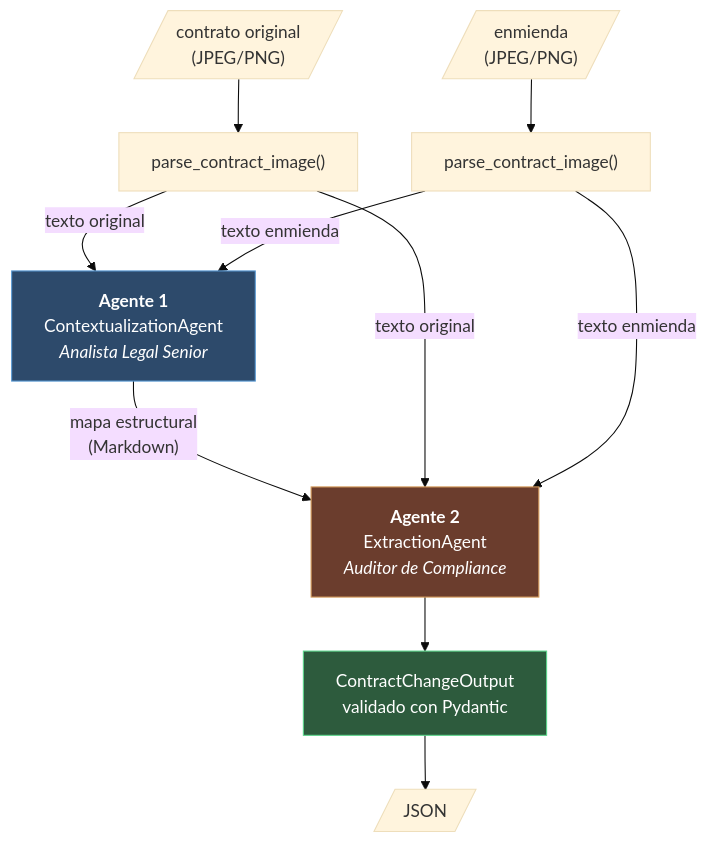
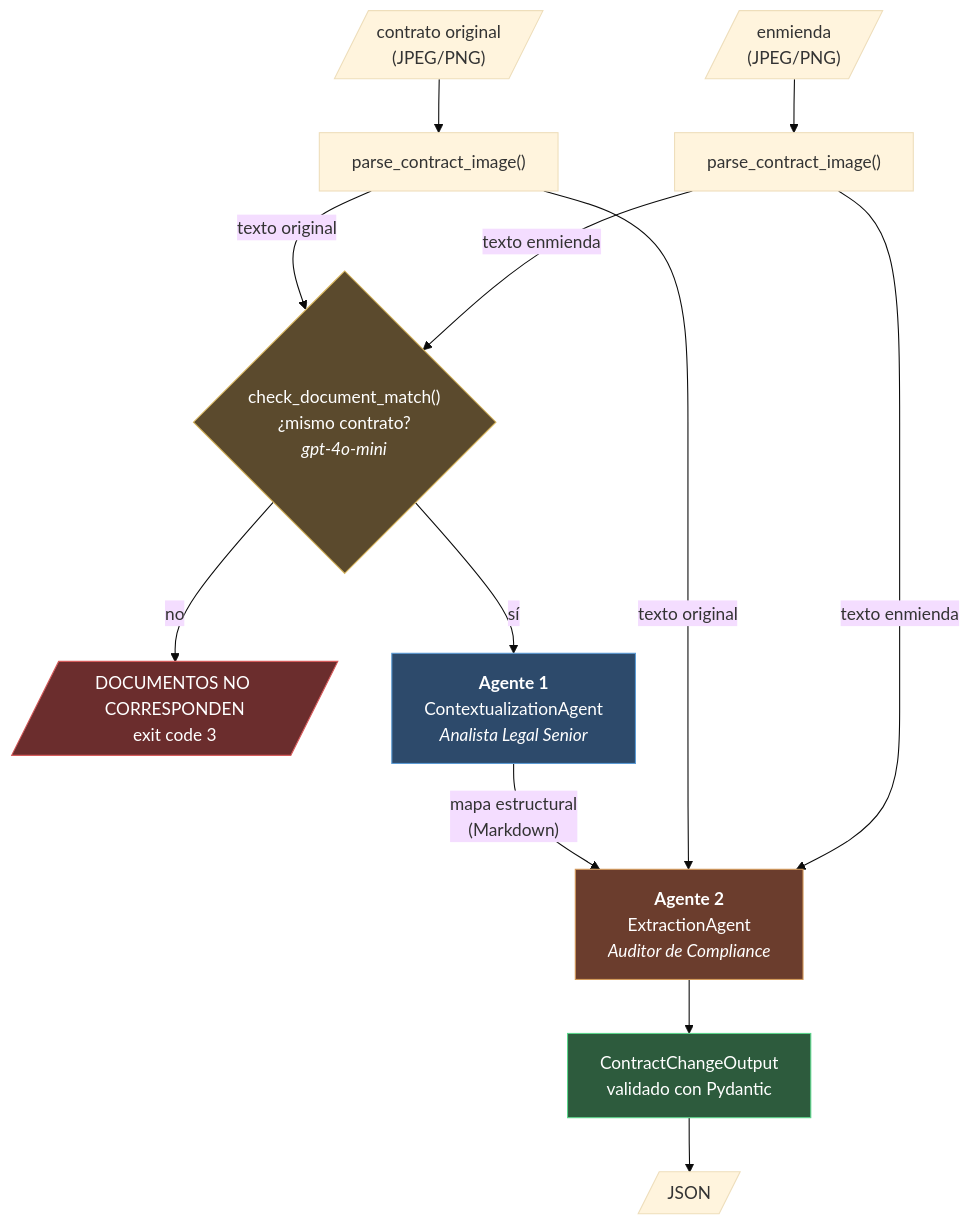
The diagram in README.md (pabloler21/ClauseWatch), drawn with Mermaid (base theme) before and after one commit. The commit also changed other lines of this file, not shown here.

````diff
--- a/README.md
+++ b/README.md
@@ -20,20 +20,25 @@
 ```mermaid
 flowchart TD
     IMG1[/"contrato original<br/>(JPEG/PNG)"/] --> P1["parse_contract_image()"]
     IMG2[/"enmienda<br/>(JPEG/PNG)"/] --> P2["parse_contract_image()"]
 
-    P1 -- "texto original" --> A1["<b>Agente 1</b><br/>ContextualizationAgent<br/><i>Analista Legal Senior</i>"]
-    P2 -- "texto enmienda" --> A1
+    P1 -- "texto original" --> MC{"check_document_match()<br/>¿mismo contrato?<br/><i>gpt-4o-mini</i>"}
+    P2 -- "texto enmienda" --> MC
+    MC -- "no" --> REJ[/"DOCUMENTOS NO CORRESPONDEN<br/>exit code 3"/]
+
+    MC -- "sí" --> A1["<b>Agente 1</b><br/>ContextualizationAgent<br/><i>Analista Legal Senior</i>"]
 
     A1 -- "mapa estructural<br/>(Markdown)" --> A2
 
     P1 -- "texto original" --> A2["<b>Agente 2</b><br/>ExtractionAgent<br/><i>Auditor de Compliance</i>"]
     P2 -- "texto enmienda" --> A2
 
     A2 --> V["ContractChangeOutput<br/>validado con Pydantic"]
     V --> OUT[/"JSON"/]
 
+    style MC fill:#5b4a2d,stroke:#d5b35b,color:#fff
+    style REJ fill:#6b2d2d,stroke:#d55b5b,color:#fff
     style A1 fill:#2d4a6b,stroke:#5b9bd5,color:#fff
     style A2 fill:#6b3d2d,stroke:#d59b5b,color:#fff
     style V fill:#2d5b3d,stroke:#5bd58b,color:#fff
 ```
````
